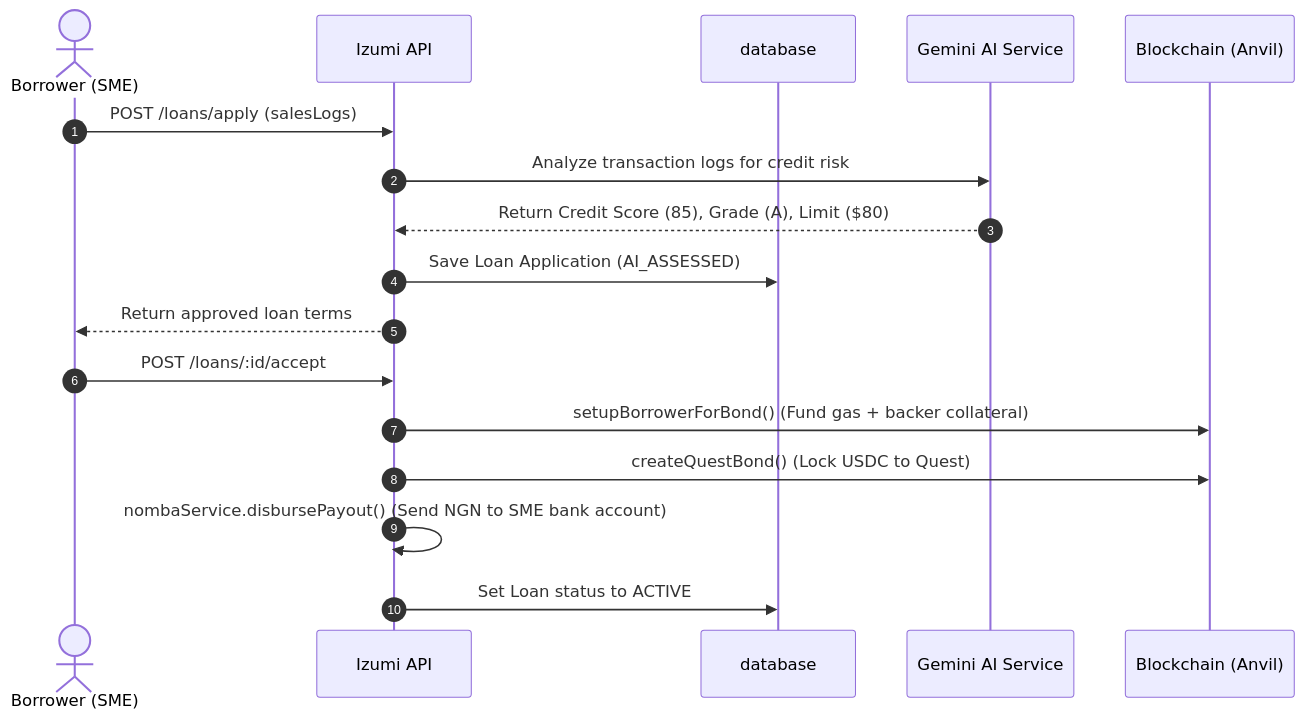
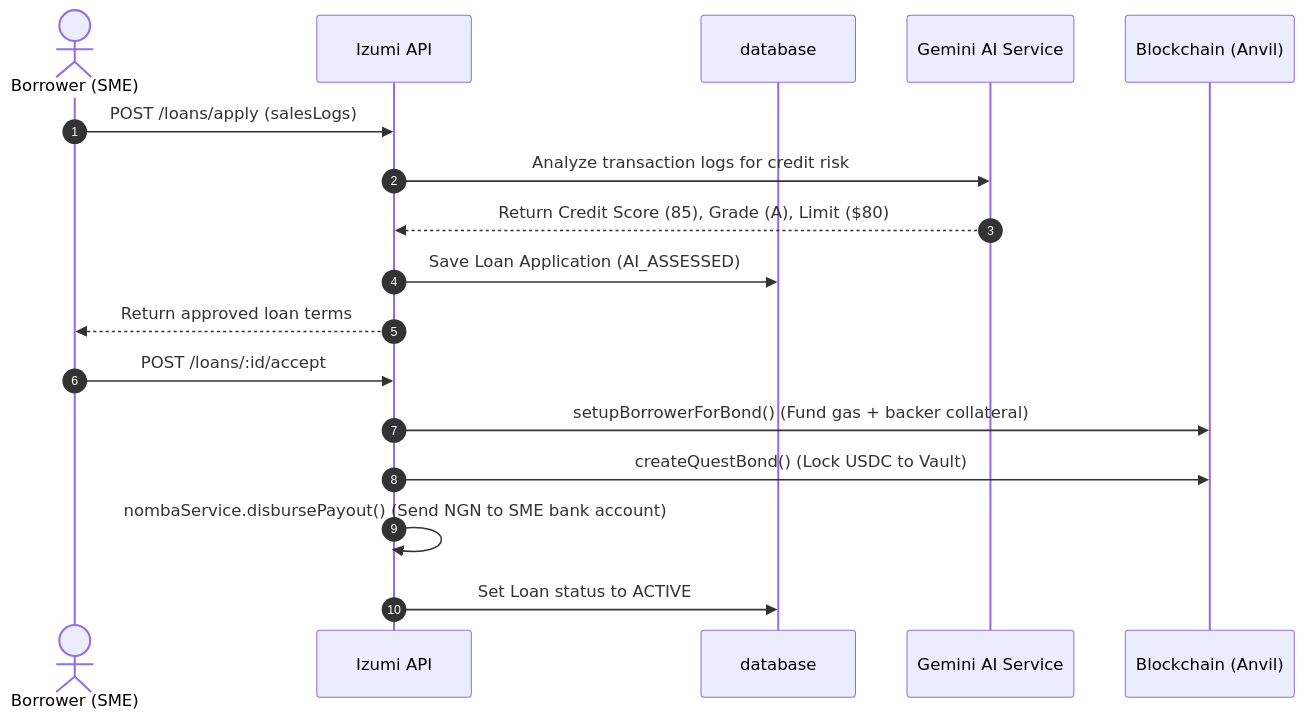
Before and after one commit to Dubjay18/IZUMI: the second of 3 diagrams in DEVELOPER_HANDBOOK.md, drawn with Mermaid. The commit also changed other lines of this file, not shown here.

Commit message:
docs: update endpoint descriptions and ledger definitions

````diff
--- a/DEVELOPER_HANDBOOK.md
+++ b/DEVELOPER_HANDBOOK.md
@@ -151,20 +151,20 @@
 ```mermaid
 sequenceDiagram
     autonumber
     actor Borrower as Borrower (SME)
     participant API as Izumi API
     participant DB as database
     participant Gemini as Gemini AI Service
     participant Web3 as Blockchain (Anvil)
     
     Borrower->>API: POST /loans/apply (salesLogs)
     API->>Gemini: Analyze transaction logs for credit risk
     Gemini-->>API: Return Credit Score (85), Grade (A), Limit ($80)
     API->>DB: Save Loan Application (AI_ASSESSED)
     API-->>Borrower: Return approved loan terms
     Borrower->>API: POST /loans/:id/accept
     API->>Web3: setupBorrowerForBond() (Fund gas + backer collateral)
-    API->>Web3: createQuestBond() (Lock USDC to Quest)
+    API->>Web3: createQuestBond() (Lock USDC to Vault)
     API->>API: nombaService.disbursePayout() (Send NGN to SME bank account)
     API->>DB: Set Loan status to ACTIVE
 ```
````
